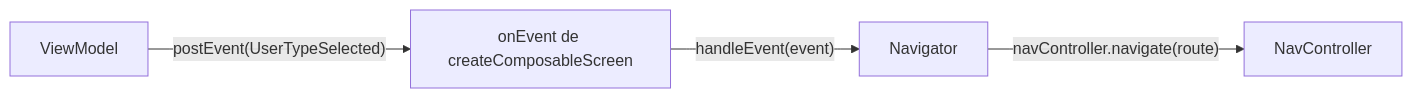
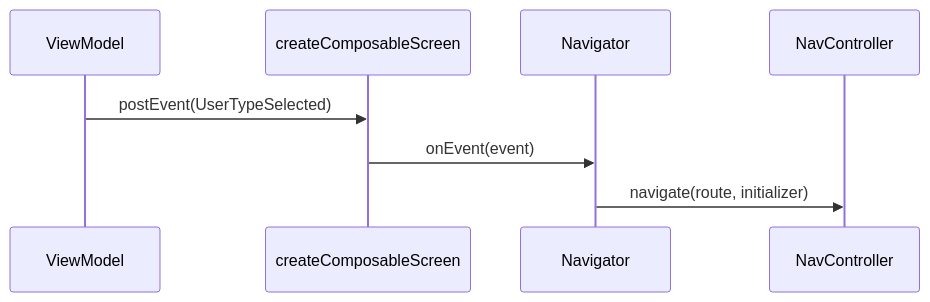
Before and after one commit to carmabs/Ema: the diagram in docs/compose/navigation.es.md, drawn with Mermaid. The commit also changed 11 other files, not shown here.

First line of the commit message:
Redraw the diagrams without crossing arrows

````diff
--- a/docs/compose/navigation.es.md
+++ b/docs/compose/navigation.es.md
@@ -6,6 +6,10 @@
 ```mermaid
-flowchart LR
-    VM[ViewModel] -- "postEvent(UserTypeSelected)" --> G[onEvent de createComposableScreen]
-    G -- "handleEvent(event)" --> N[Navigator]
-    N -- "navController.navigate(route)" --> NC[NavController]
+sequenceDiagram
+    participant VM as ViewModel
+    participant G as createComposableScreen
+    participant N as Navigator
+    participant NC as NavController
+    VM->>G: postEvent(UserTypeSelected)
+    G->>N: onEvent(event)
+    N->>NC: navigate(route, initializer)
 ```
````
